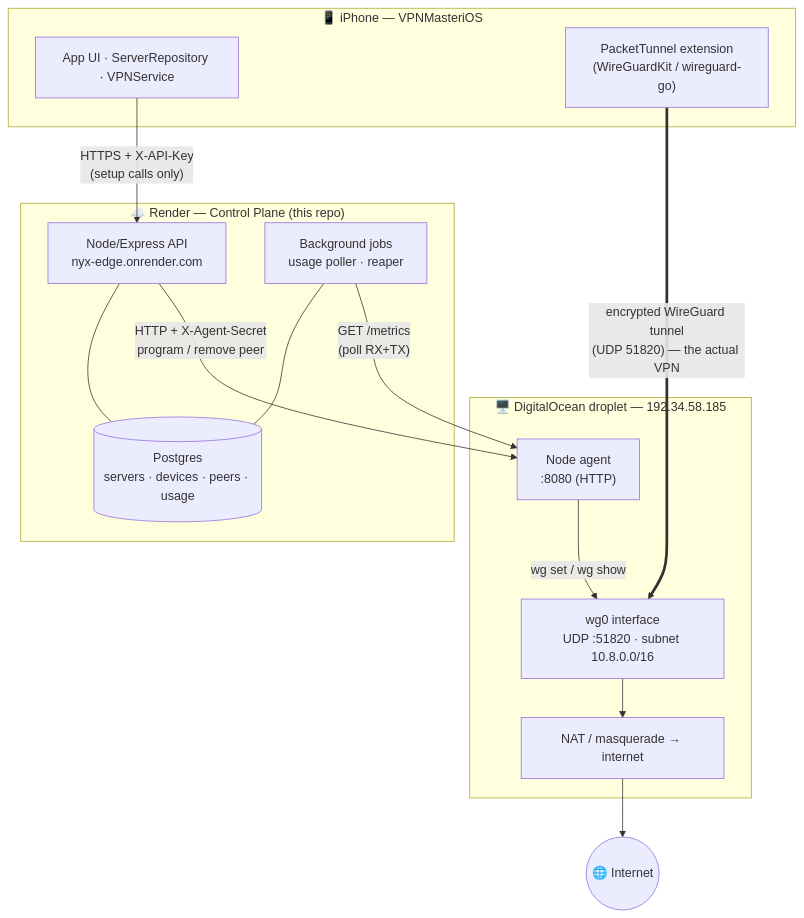
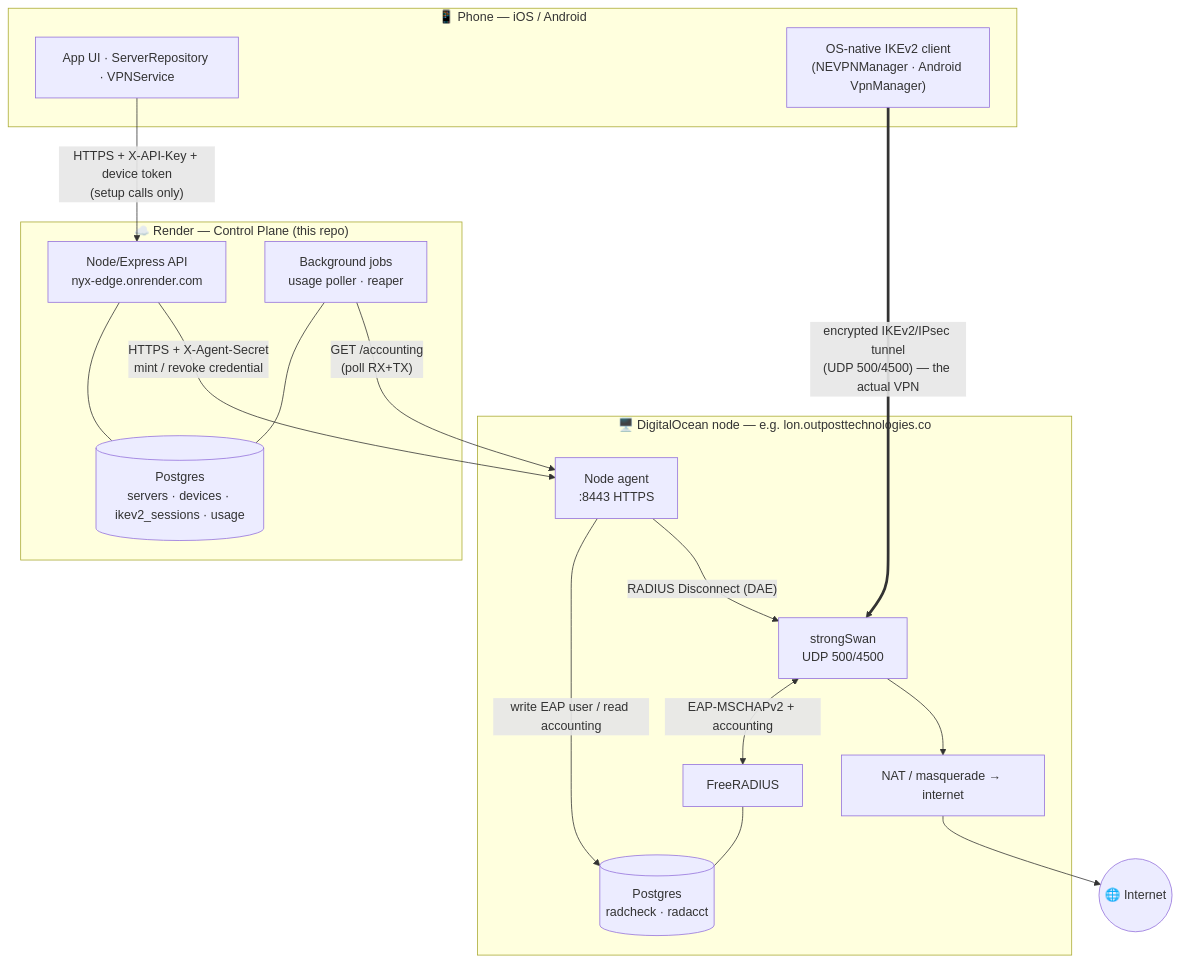
One commit to UmairAfzalGitHub/VPN-Master-BE changed the first of 4 diagrams in docs/ARCHITECTURE.md. Above: the diagram before and after it, drawn with Mermaid. The commit also changed other lines of this file and 33 other files, not shown here.

First line of the commit message:
Remove WireGuard from the backend and docs; IKEv2 is the only protocol

````diff
--- a/docs/ARCHITECTURE.md
+++ b/docs/ARCHITECTURE.md
@@ -18,31 +18,36 @@
 ```mermaid
 flowchart TB
-    subgraph Phone["📱 iPhone — VPNMasteriOS"]
+    subgraph Phone["📱 Phone — iOS / Android"]
         App["App UI · ServerRepository · VPNService"]
-        Ext["PacketTunnel extension<br/>(WireGuardKit / wireguard-go)"]
+        OS["OS-native IKEv2 client<br/>(NEVPNManager · Android VpnManager)"]
     end
 
     subgraph Render["☁️ Render — Control Plane (this repo)"]
         API["Node/Express API<br/>nyx-edge.onrender.com"]
-        DB[("Postgres<br/>servers · devices · peers · usage")]
+        DB[("Postgres<br/>servers · devices · ikev2_sessions · usage")]
         Jobs["Background jobs<br/>usage poller · reaper"]
         API --- DB
         Jobs --- DB
     end
 
-    subgraph Droplet["🖥️ DigitalOcean droplet — 192.34.58.185"]
-        Agent["Node agent<br/>:8080 (HTTP)"]
-        WG["wg0 interface<br/>UDP :51820 · subnet 10.8.0.0/16"]
+    subgraph Node["🖥️ DigitalOcean node — e.g. lon.outposttechnologies.co"]
+        Agent["Node agent<br/>:8443 HTTPS"]
+        SS["strongSwan<br/>UDP 500/4500"]
+        FR["FreeRADIUS"]
+        PG[("Postgres<br/>radcheck · radacct")]
         NAT["NAT / masquerade → internet"]
-        Agent -->|wg set / wg show| WG
-        WG --> NAT
+        Agent -->|"write EAP user / read accounting"| PG
+        FR --- PG
+        SS <-->|"EAP-MSCHAPv2 + accounting"| FR
+        Agent -->|"RADIUS Disconnect (DAE)"| SS
+        SS --> NAT
     end
 
     Internet(("🌐 Internet"))
 
-    App -->|"HTTPS + X-API-Key<br/>(setup calls only)"| API
-    API -->|"HTTP + X-Agent-Secret<br/>program / remove peer"| Agent
-    Jobs -->|"GET /metrics<br/>(poll RX+TX)"| Agent
-    Ext ==>|"encrypted WireGuard tunnel<br/>(UDP 51820) — the actual VPN"| WG
+    App -->|"HTTPS + X-API-Key + device token<br/>(setup calls only)"| API
+    API -->|"HTTPS + X-Agent-Secret<br/>mint / revoke credential"| Agent
+    Jobs -->|"GET /accounting<br/>(poll RX+TX)"| Agent
+    OS ==>|"encrypted IKEv2/IPsec tunnel<br/>(UDP 500/4500) — the actual VPN"| SS
     NAT --> Internet
 ```
````
